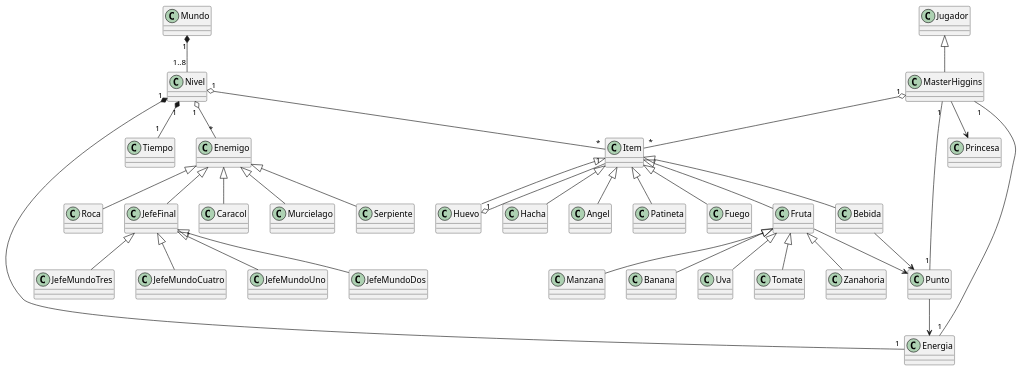
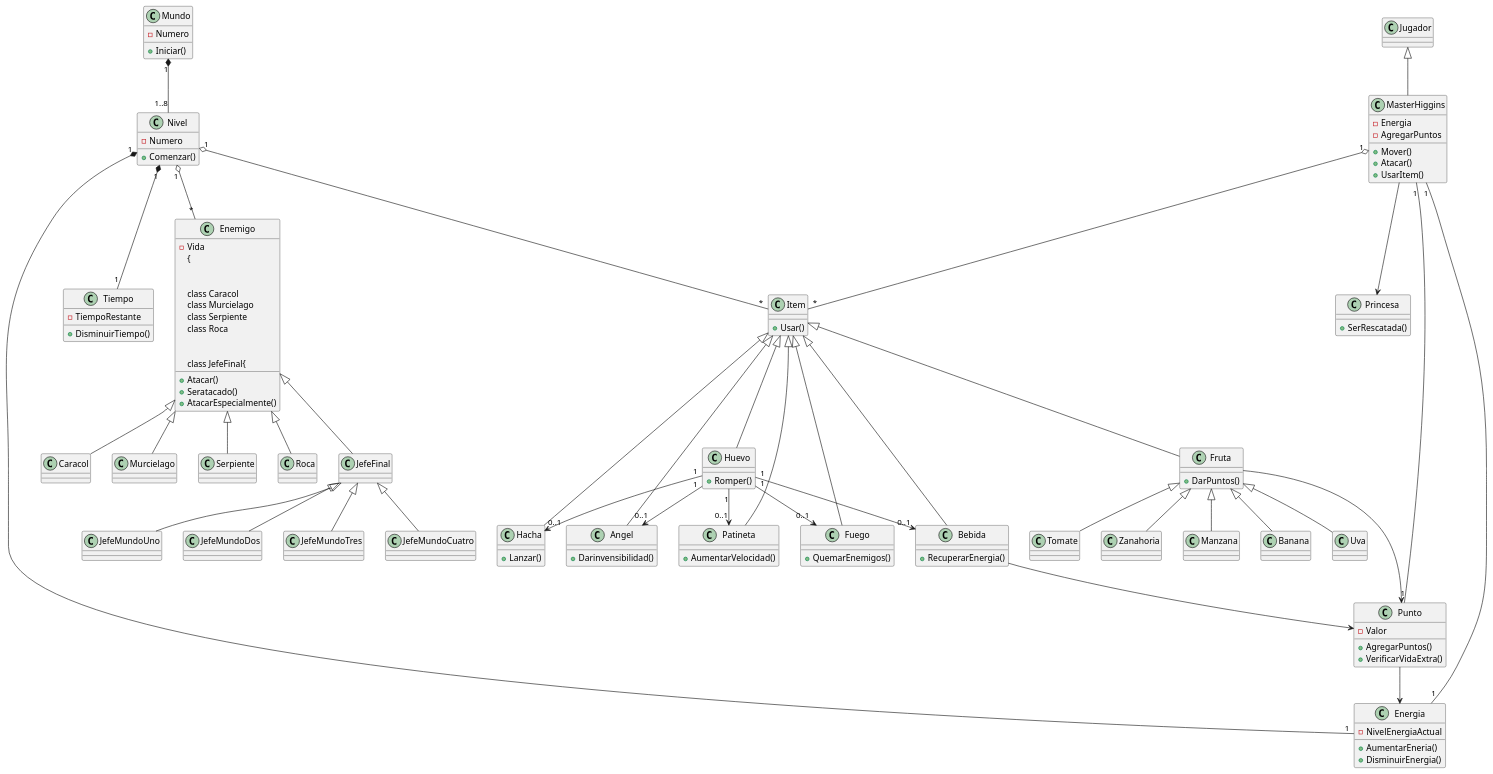
One commit to CesarMezaMarroquin/3E261 changed the diagram in Diagrama.puml. Above: the diagram before and after it, drawn with PlantUML.

Commit message:
Practica 4 Actividad mejorada hecha en casa

```diff
--- a/Diagrama.puml
+++ b/Diagrama.puml
@@ -1,94 +1,159 @@
 @startuml
 
-class Mundo
-class Nivel
-class Tiempo
-class Energia
-class Punto
+class Mundo{
+-Numero
++Iniciar()
+}
+
+class Nivel{
+-Numero 
++Comenzar()
+}
+
+class Tiempo{
+-TiempoRestante
++DisminuirTiempo()
+}
+
+class Energia{
+-NivelEnergiaActual
++AumentarEneria()
++DisminuirEnergia()
+}
+
+class Punto{
+-Valor
++AgregarPuntos()
++VerificarVidaExtra()
+}
+
 
 class Jugador
-class MasterHiggins
-class Princesa
 
+class MasterHiggins{
+-Energia
+-AgregarPuntos
++Mover()
++Atacar()
++UsarItem()
+}
 
-class Item
-class Fruta
+class Princesa{
++SerRescatada()
+}
+
+class Item{
++Usar()
+}
+
+class Fruta{
++DarPuntos()
+}
+
 class Manzana
 class Banana
 class Uva
 class Tomate
 class Zanahoria
 
+class Huevo{
++Romper()
+}
 
-class Huevo
-class Hacha
-class Angel
-class Patineta
-class Fuego
-class Bebida
+class Hacha{
++Lanzar()
+}
+
+class Angel{
++Darinvensibilidad()
+}
+
+class Patineta{
++AumentarVelocidad()
+}
+
+class Fuego{
++QuemarEnemigos()
+}
+
+class Bebida{
++RecuperarEnergia()
+}
 
 
+class Enemigo{
+-Vida
++Atacar()
++Seratacado()
+{
 
-class Enemigo
+
 class Caracol
 class Murcielago
 class Serpiente
 class Roca
-class JefeFinal
+
+
+class JefeFinal{
++AtacarEspecialmente()
+}
+
 class JefeMundoUno
 class JefeMundoDos
 class JefeMundoTres
 class JefeMundoCuatro
-
-
 
 Jugador <|-- MasterHiggins
 
 Item <|-- Fruta
 Item <|-- Huevo
 Item <|-- Hacha
 Item <|-- Angel
 Item <|-- Patineta
 Item <|-- Fuego
 Item <|-- Bebida
 
 Fruta <|-- Manzana
 Fruta <|-- Banana
 Fruta <|-- Uva
 Fruta <|-- Tomate
 Fruta <|-- Zanahoria
 
 Enemigo <|-- Caracol
 Enemigo <|-- Murcielago
 Enemigo <|-- Serpiente
 Enemigo <|-- Roca
 Enemigo <|-- JefeFinal
 
 JefeFinal <|-- JefeMundoUno
 JefeFinal <|-- JefeMundoDos
 JefeFinal <|-- JefeMundoTres
 JefeFinal <|-- JefeMundoCuatro
 
 
-
 Mundo "1" *-- "1..8" Nivel
 Nivel "1" *-- "1" Tiempo
 Nivel "1" *-- "1" Energia
 
 Nivel "1" o-- "*" Enemigo
 Nivel "1" o-- "*" Item
 
 
 MasterHiggins "1" -- "1" Energia
 MasterHiggins "1" -- "1" Punto
 MasterHiggins "1" o-- "*" Item
 MasterHiggins --> Princesa
 
 
 Fruta --> Punto
 Bebida --> Punto
-Punto --> Energia
-Huevo "1" o-- "1" Item
+Punto --> Energia 
 
 
+Huevo "1" --> "0..1" Hacha 
+Huevo "1" --> "0..1" Angel 
+Huevo "1" --> "0..1" Patineta 
+Huevo "1" --> "0..1" Fuego 
+Huevo "1" --> "0..1" Bebida 
+
 @enduml
```
